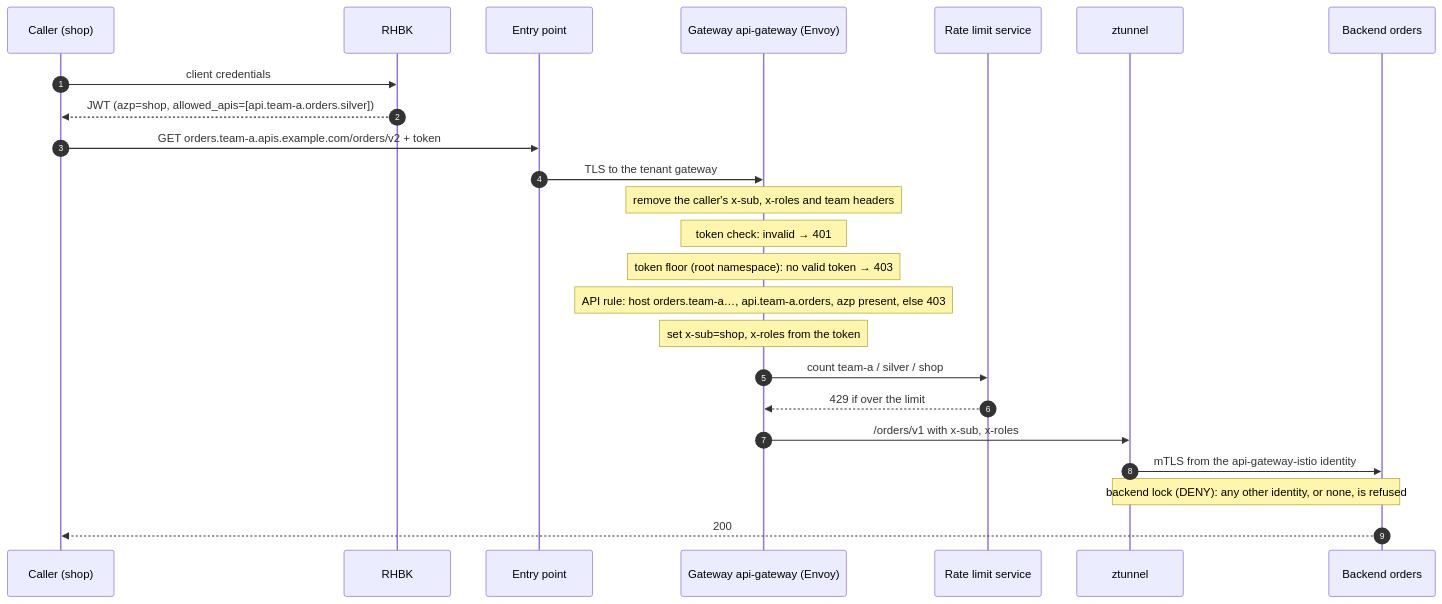
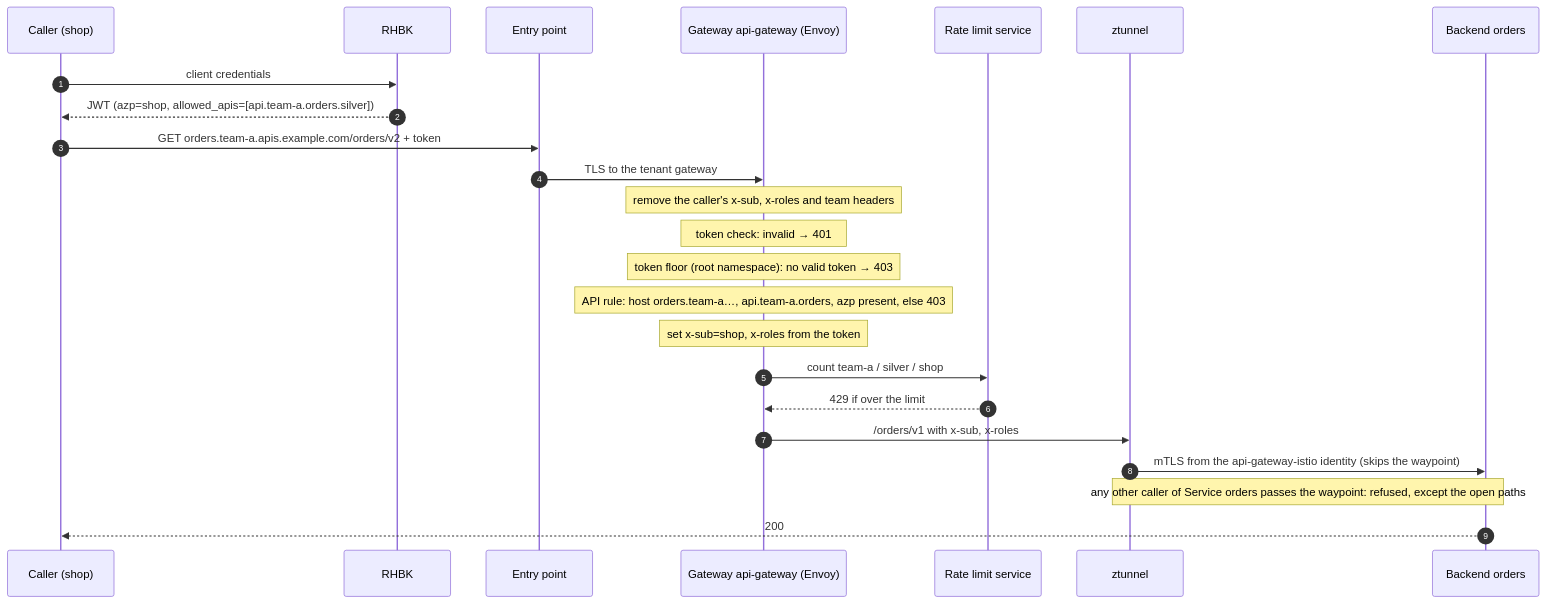
The third of 6 diagrams in docs/diagrams.md (stakater/mto-extension-api-gateway), drawn with Mermaid before and after one commit. The commit also changed other lines of this file and 20 other files, not shown here.

First line of the commit message:
Waypoint lock, external backends; no legacy issuer mode

````diff
--- a/docs/diagrams.md
+++ b/docs/diagrams.md
@@ -80,26 +82,26 @@
 ```mermaid
 sequenceDiagram
   autonumber
   participant C as Caller (shop)
   participant K as RHBK
   participant E as Entry point
   participant G as Gateway api-gateway (Envoy)
   participant R as Rate limit service
   participant Z as ztunnel
   participant B as Backend orders
   C->>K: client credentials
   K-->>C: JWT (azp=shop, allowed_apis=[api.team-a.orders.silver])
   C->>E: GET orders.team-a.apis.example.com/orders/v2 + token
   E->>G: TLS to the tenant gateway
   Note over G: remove the caller's x-sub, x-roles and team headers
   Note over G: token check: invalid → 401
   Note over G: token floor (root namespace): no valid token → 403
   Note over G: API rule: host orders.team-a…, api.team-a.orders, azp present, else 403
   Note over G: set x-sub=shop, x-roles from the token
   G->>R: count team-a / silver / shop
   R-->>G: 429 if over the limit
   G->>Z: /orders/v1 with x-sub, x-roles
-  Z->>B: mTLS from the api-gateway-istio identity
-  Note over Z,B: backend lock (DENY): any other identity, or none, is refused
+  Z->>B: mTLS from the api-gateway-istio identity (skips the waypoint)
+  Note over Z,B: any other caller of Service orders passes the waypoint: refused, except the open paths
   B-->>C: 200
 ```
````
